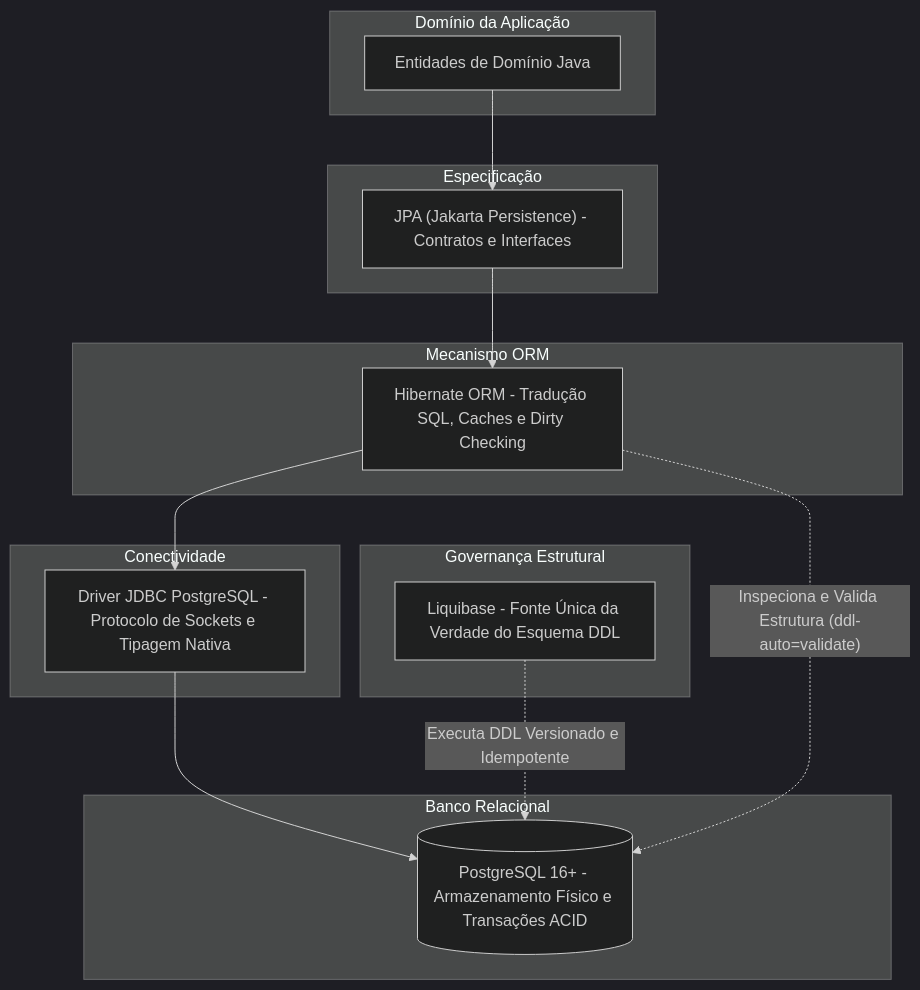
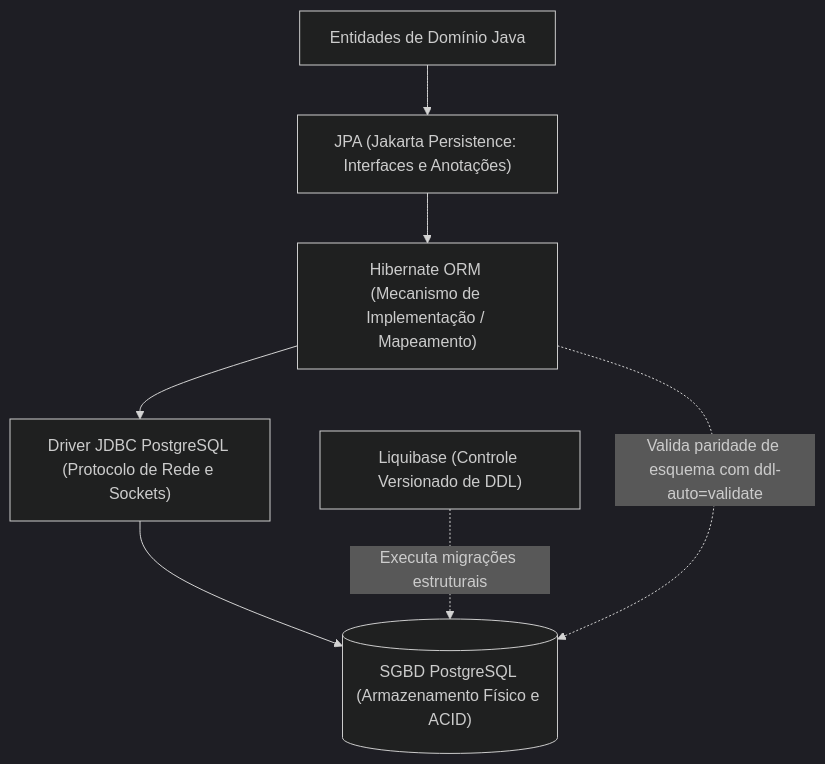
One commit to murilolol/unifef changed diagram 18 of 31 in 4º Semestre/[Prof. Jefferson Passerini] Laboratório de Programação IV/Resumos-IA/Caderno-Consolidado.md. Above: the diagram before and after it, drawn with Mermaid (dark theme). The commit also changed other lines of this file and 58 other files, not shown here.

````diff
--- a/4º Semestre/[Prof. Jefferson Passerini] Laboratório de Programação IV/Resumos-IA/Caderno-Consolidado.md
+++ b/4º Semestre/[Prof. Jefferson Passerini] Laboratório de Programação IV/Resumos-IA/Caderno-Consolidado.md
@@ -501,28 +949,9 @@
 ```mermaid
 flowchart TD
-  subgraph Dominio["Domínio da Aplicação"]
-    Obj["Entidades de Domínio Java"]
-  end
-  subgraph AbstracaoJPA["Especificação"]
-    JPA["JPA (Jakarta Persistence) - Contratos e Interfaces"]
-  end
-  subgraph ProvedorORM["Mecanismo ORM"]
-    HIB["Hibernate ORM - Tradução SQL, Caches e Dirty Checking"]
-  end
-  subgraph DriverRede["Conectividade"]
-    JDBC["Driver JDBC PostgreSQL - Protocolo de Sockets e Tipagem Nativa"]
-  end
-  subgraph SGBD["Banco Relacional"]
-    PG[("PostgreSQL 16+ - Armazenamento Físico e Transações ACID")]
-  end
-  subgraph Migrador["Governança Estrutural"]
-    LQ["Liquibase - Fonte Única da Verdade do Esquema DDL"]
-  end
-
-  Obj --> JPA
-  JPA --> HIB
-  HIB --> JDBC
-  JDBC --> PG
-  LQ -. Executa DDL Versionado e Idempotente .-> PG
-  HIB -. Inspeciona e Valida Estrutura (ddl-auto=validate) .-> PG
+    Entidades["Entidades de Domínio Java"] --> JPA["JPA (Jakarta Persistence: Interfaces e Anotações)"]
+    JPA --> HIB["Hibernate ORM (Mecanismo de Implementação / Mapeamento)"]
+    HIB --> JDBC["Driver JDBC PostgreSQL (Protocolo de Rede e Sockets)"]
+    JDBC --> PG[("SGBD PostgreSQL (Armazenamento Físico e ACID)")]
+    LQ["Liquibase (Controle Versionado de DDL)"] -. Executa migrações estruturais .-> PG
+    HIB -. Valida paridade de esquema com ddl-auto=validate .-> PG
 ```
````
